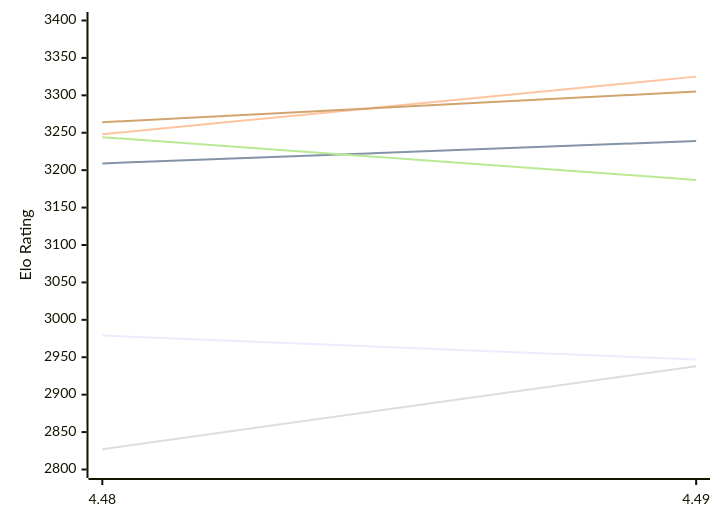
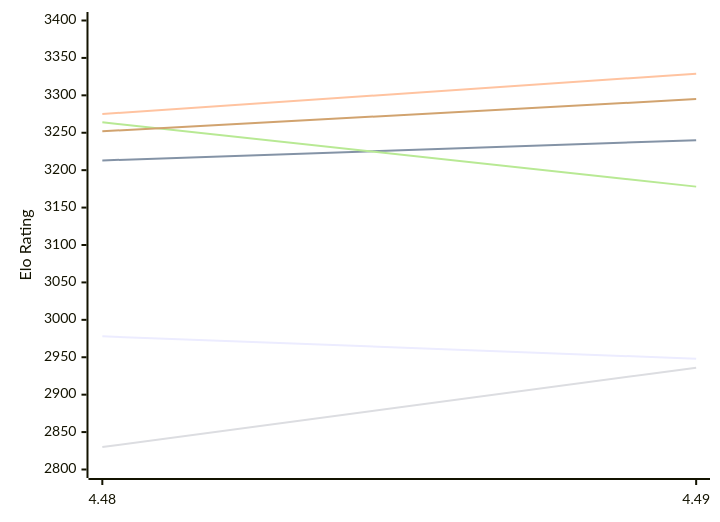
Before and after one commit to computer-chess-index/cci: the first of 2 diagrams in engines/Cheng4.md, drawn with Mermaid. The commit also changed other lines of this file, not shown here.

Commit message:
Update CCI Ratings (ELO VLTC) - 2026-11-15

````diff
--- a/engines/Cheng4.md
+++ b/engines/Cheng4.md
@@ -50,12 +50,12 @@
 ```mermaid
 %%{init: {"theme":"base","themeVariables":{"seriesColors:['#a3a3a3','#222221','#faa371']}}}%%
 xychart-beta
   x-axis ["4.48", "4.49"]
   y-axis "Elo Rating" 2800 --> 3400
-  line "E1: STC (8.0+0.08s)" [2979, 2947]
-  line "E1: LTC (60.0+0.60s)" [3209, 3239]
-  line "E1: VLTC (2m24s+1.12s)" [3248, 3325]
-  line "P1: STC (8.0+0.08s)" [2827, 2938]
-  line "P1: LTC (60.0+0.60s)" [3244, 3187]
-  line "P1: VLTC (2m24s+1.12s)" [3264, 3305]
+  line "E1: STC (8.0+0.08s)" [2978, 2948]
+  line "E1: LTC (60.0+0.60s)" [3213, 3240]
+  line "E1: VLTC (2m24s+1.12s)" [3275, 3329]
+  line "P1: STC (8.0+0.08s)" [2830, 2936]
+  line "P1: LTC (60.0+0.60s)" [3264, 3178]
+  line "P1: VLTC (2m24s+1.12s)" [3252, 3295]
 ```
````
